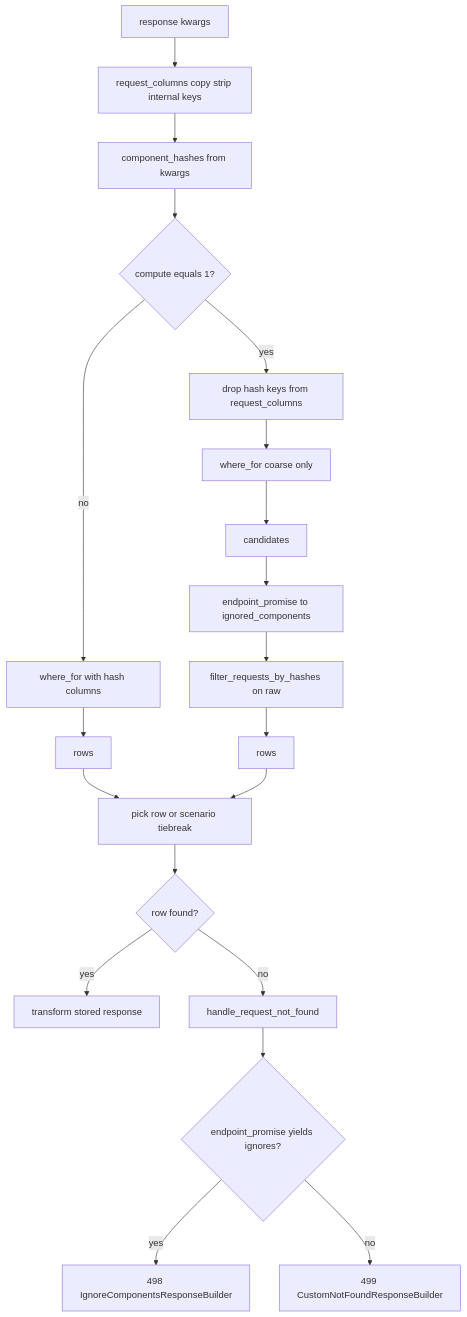
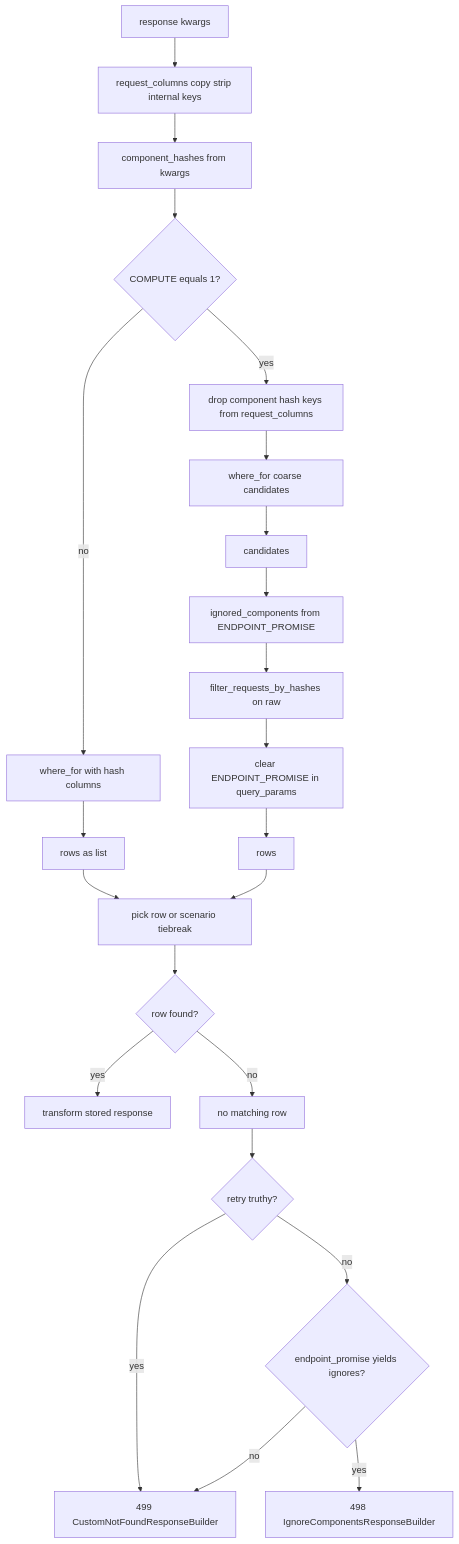
One commit to Stoobly/stoobly-agent changed the second of 2 diagrams in docs/mock-request-matching.md. Above: the diagram before and after it, drawn with Mermaid. The commit also changed other lines of this file, not shown here.

Commit message:
Update diagram

````diff
--- a/docs/mock-request-matching.md
+++ b/docs/mock-request-matching.md
@@ -77,24 +79,27 @@
 ```mermaid
 flowchart TB
   Start[response kwargs]
   Col[request_columns copy strip internal keys]
   Snap[component_hashes from kwargs]
-  Comp{compute equals 1?}
+  Comp{COMPUTE equals 1?}
   Start --> Col --> Snap --> Comp
   Comp -->|no| ORM1[where_for with hash columns]
-  ORM1 --> Rows1[rows]
-  Comp -->|yes| Strip[drop hash keys from request_columns]
-  Strip --> ORM2[where_for coarse only]
+  ORM1 --> Rows1[rows as list]
+  Comp -->|yes| Strip[drop component hash keys from request_columns]
+  Strip --> ORM2[where_for coarse candidates]
   ORM2 --> Rows2[candidates]
-  Rows2 --> Res[endpoint_promise to ignored_components]
-  Res --> Filt[filter_requests_by_hashes on raw]
-  Filt --> Rows3[rows]
+  Rows2 --> IG[ignored_components from ENDPOINT_PROMISE]
+  IG --> Filt[filter_requests_by_hashes on raw]
+  Filt --> CLR[clear ENDPOINT_PROMISE in query_params]
+  CLR --> Rows3[rows]
   Rows1 --> Pick[pick row or scenario tiebreak]
   Rows3 --> Pick
   Pick --> Got{row found?}
   Got -->|yes| OK[transform stored response]
-  Got -->|no| NFD[handle_request_not_found]
-  NFD --> EP2{endpoint_promise yields ignores?}
+  Got -->|no| NFD[no matching row]
+  NFD --> RY{retry truthy?}
+  RY -->|yes| R499[499 CustomNotFoundResponseBuilder]
+  RY -->|no| EP2{endpoint_promise yields ignores?}
   EP2 -->|yes| R498[498 IgnoreComponentsResponseBuilder]
-  EP2 -->|no| R499[499 CustomNotFoundResponseBuilder]
+  EP2 -->|no| R499
 ```
````
